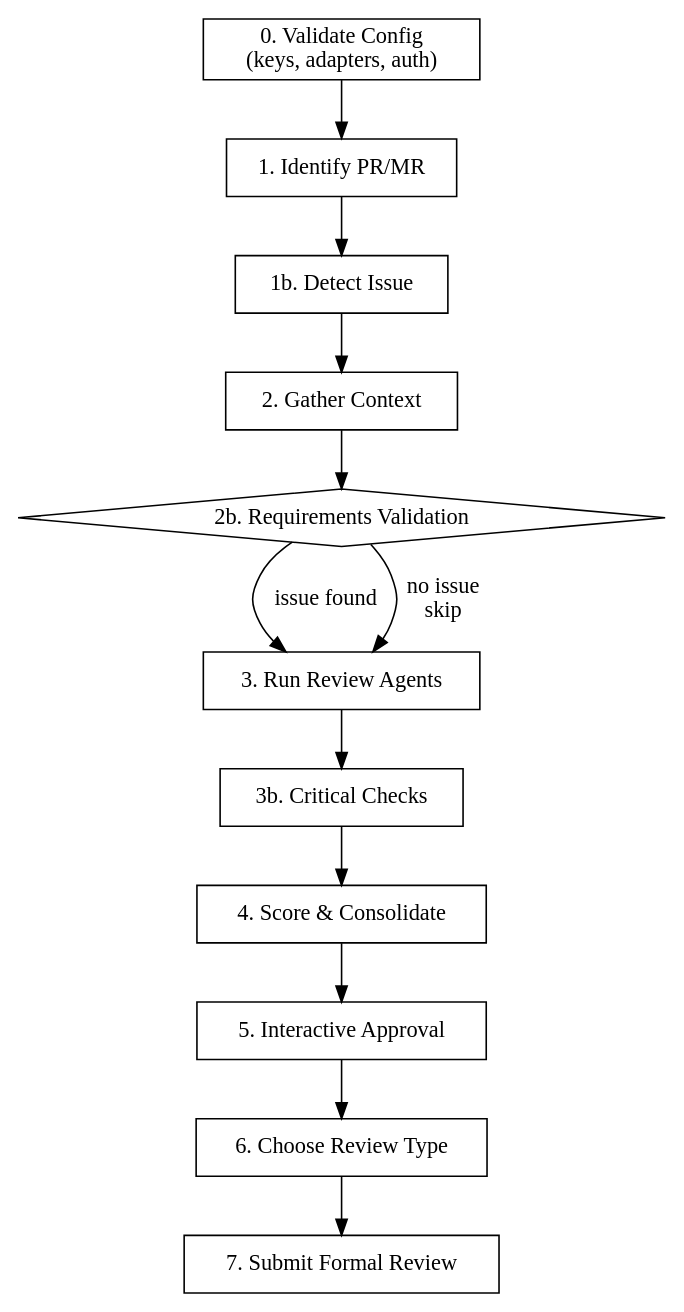
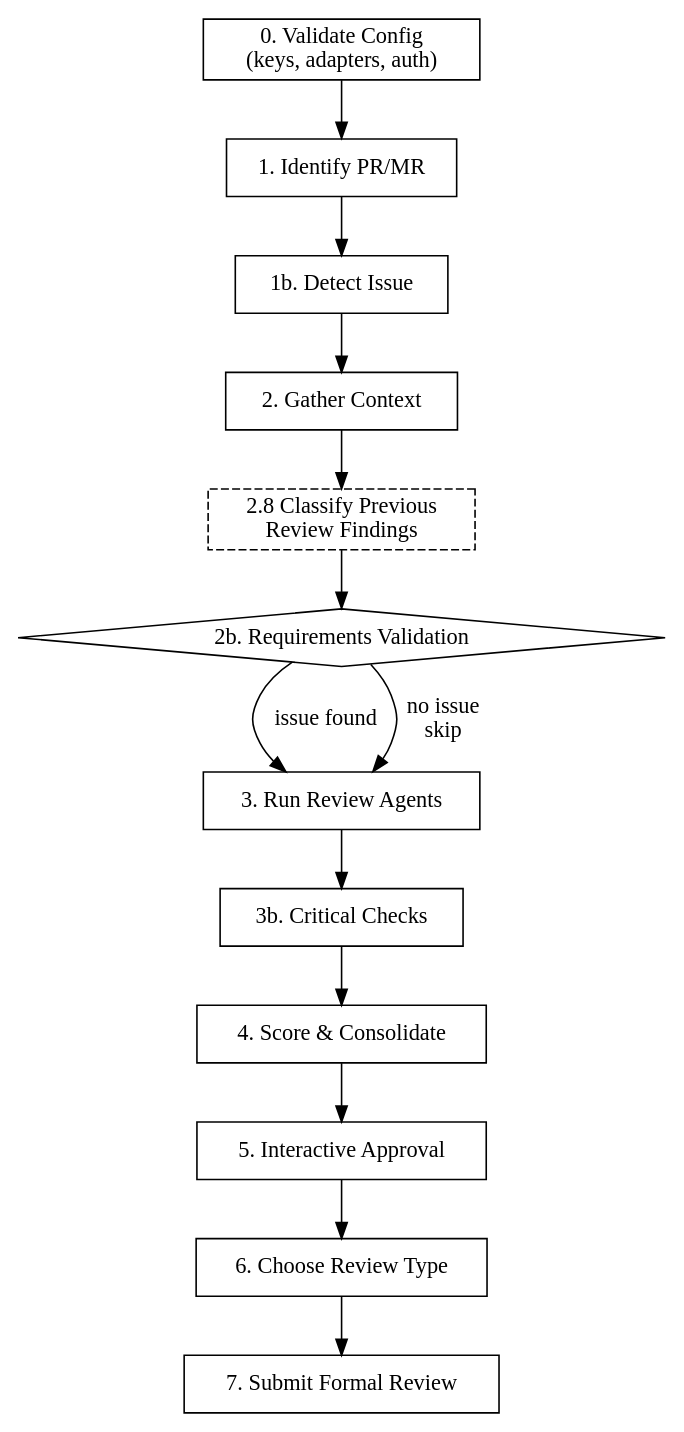
One commit to rodrigomanhaes/flowyeah changed the diagram in plugins/flowyeah/skills/review/SKILL.md. Above: the diagram before and after it, drawn with Graphviz. The commit also changed other lines of this file and 2 other files, not shown here.

First line of the commit message:
feat: detect and classify previous review findings in re-review workflow

````diff
--- a/plugins/flowyeah/skills/review/SKILL.md
+++ b/plugins/flowyeah/skills/review/SKILL.md
@@ -16,24 +16,25 @@
 ```dot
 digraph review {
     rankdir=TB;
     node [shape=box];
 
     validate [label="0. Validate Config\n(keys, adapters, auth)"];
     identify [label="1. Identify PR/MR"];
     issue [label="1b. Detect Issue"];
     context [label="2. Gather Context"];
+    previous [label="2.8 Classify Previous\nReview Findings" style=dashed];
     requirements [label="2b. Requirements Validation" shape=diamond];
     agents [label="3. Run Review Agents"];
     checks [label="3b. Critical Checks"];
     score [label="4. Score & Consolidate"];
     approve [label="5. Interactive Approval"];
     type [label="6. Choose Review Type"];
     submit [label="7. Submit Formal Review"];
 
     validate -> identify -> issue -> context;
-    context -> requirements;
+    context -> previous -> requirements;
     requirements -> agents [label="issue found"];
     requirements -> agents [label="no issue\nskip"];
     agents -> checks -> score -> approve -> type -> submit;
 }
 ```
````
